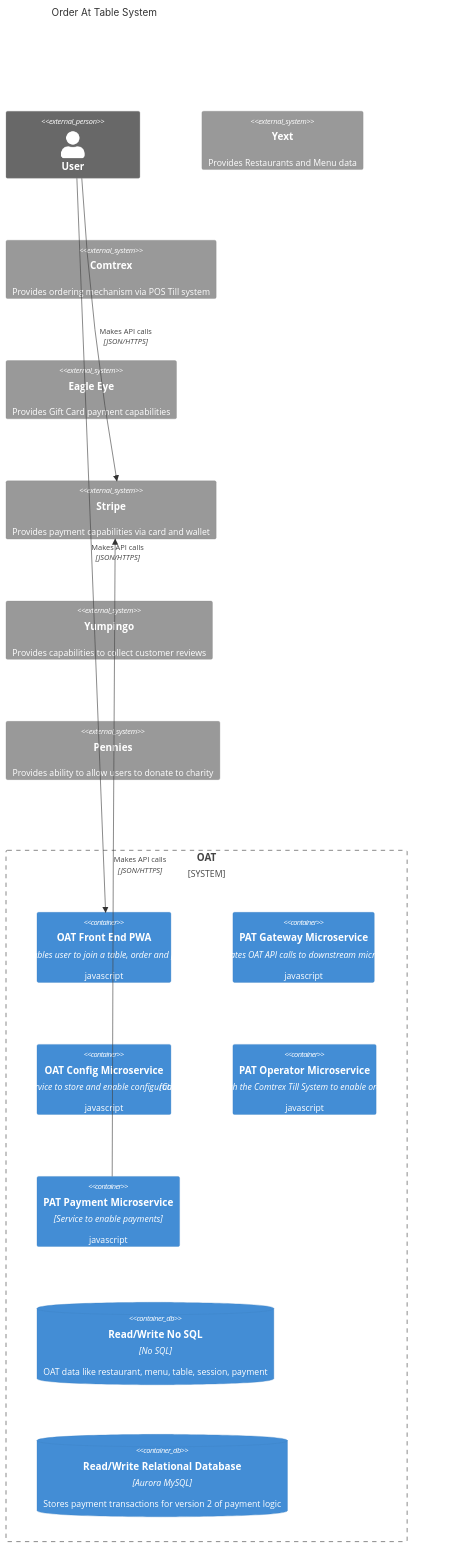
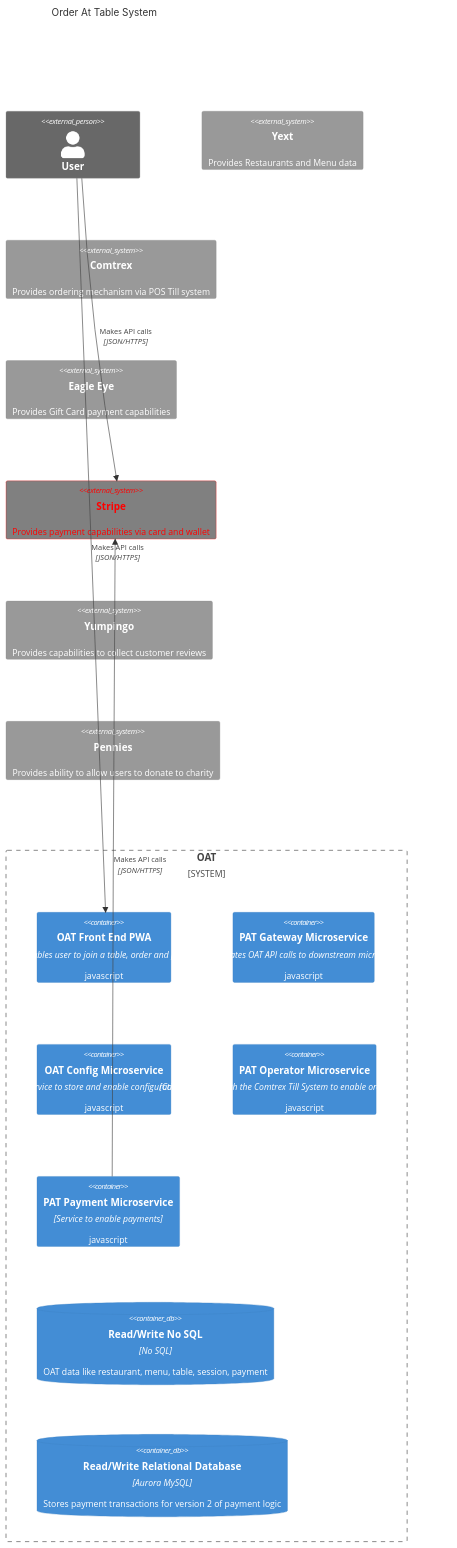
One commit to anandakumarpalanisamy/css-recipes changed the diagram in c4-model.md. Above: the diagram before and after it, drawn with Mermaid.

````diff
--- a/c4-model.md
+++ b/c4-model.md
@@ -1,28 +1,29 @@
 ```mermaid
 C4Container
 title Order At Table System
 
 Person_Ext(person_ext_public, "User")
 System_Boundary(Azzurri, "OAT") {
   Container(oat_front_end, "OAT Front End PWA", "Enables user to join a table, order and pay", "javascript")
   Container(pat_gateway, "PAT Gateway Microservice", "Orchestrates OAT API calls to downstream microservices", "javascript")
   Container(oat_config, "OAT Config Microservice", "Service to store and enable configuration", "javascript")
   Container(pat_operator, "PAT Operator Microservice", "Communicates with the Comtrex Till System to enable ordering mechanism", "javascript")
   Container(pat_payment, "PAT Payment Microservice", "Service to enable payments", "javascript")
   
   ContainerDb(DynamoDB, "Read/Write No SQL", "No SQL", "OAT data like restaurant, menu, table, session, payment")
   ContainerDb(Aurora, "Read/Write Relational Database", "Aurora MySQL", "Stores payment transactions for version 2 of payment logic")
 }
 
 System_Ext(system_ext_Yext, "Yext", "Provides Restaurants and Menu data")
 System_Ext(system_ext_Comtrex, "Comtrex", "Provides ordering mechanism via POS Till system")
 System_Ext(system_ext_Eagleeye, "Eagle Eye", "Provides Gift Card payment capabilities")
 System_Ext(system_ext_Stripe, "Stripe", "Provides payment capabilities via card and wallet")
 System_Ext(system_ext_Yumpingo, "Yumpingo", "Provides capabilities to collect customer reviews")
 System_Ext(system_ext_Pennies, "Pennies", "Provides ability to allow users to donate to charity")
 
 
 Rel(person_ext_public, oat_front_end,  "Makes API calls", "JSON/HTTPS")
+UpdateElementStyle(system_ext_Stripe, $fontColor="red", $bgColor="grey", $borderColor="red" $offsetX="90")
 Rel(person_ext_public, system_ext_Stripe,  "Makes API calls", "JSON/HTTPS")
 Rel(pat_payment, system_ext_Stripe,  "Makes API calls", "JSON/HTTPS")
 ```
````
